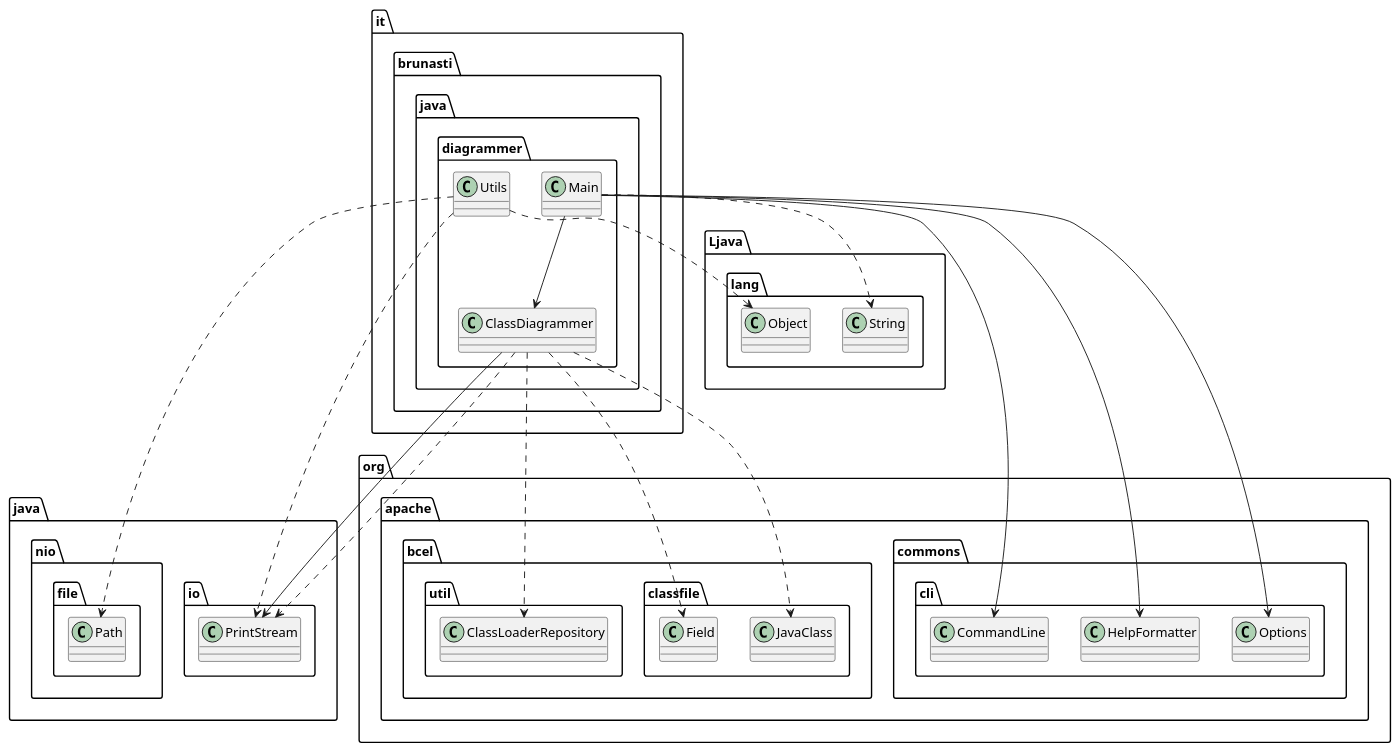
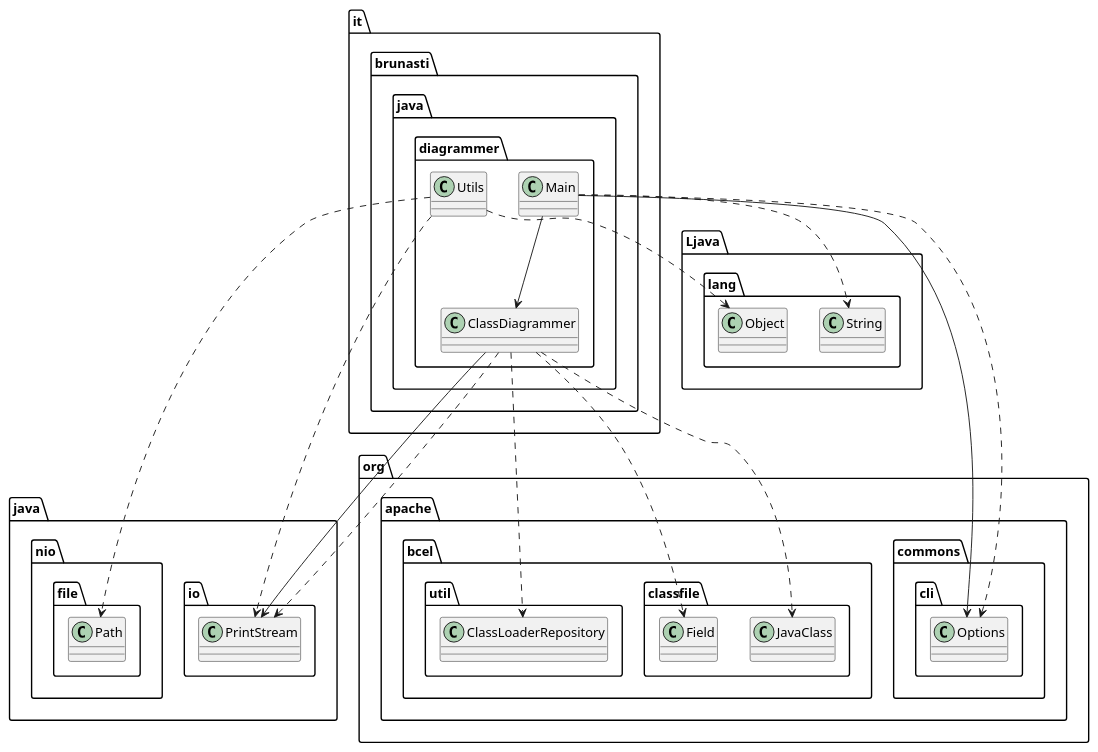
Before and after one commit to brunasti/java-diagrammer: the diagram in temp/output.puml, drawn with PlantUML. The commit also changed 2 other files, not shown here.

```diff
--- a/temp/output.puml
+++ b/temp/output.puml
@@ -1,39 +1,38 @@
 @startuml
 'https://plantuml.com/class-diagram
 
 ' GENERATE CLASS DIAGRAM ===========
 ' Generator     : it.brunasti.java.diagrammer.ClassDiagrammer
 ' Path          : [/Users/paolobrunasti/Work/Mine/java-diagrammer/java-diagrammer/target/classes]
 ' Configuration : []
-' Generated at  : Mon Mar 18 11:11:56 CET 2024
+' Generated at  : Mon Mar 18 11:41:58 CET 2024
 
 
 
 ' CLASSES =======
 class it.brunasti.java.diagrammer.ClassDiagrammer
 class it.brunasti.java.diagrammer.Utils
 class it.brunasti.java.diagrammer.Main
 
 ' INHERITANCES =======
 
 ' IMPLEMENT INTERFACE =======
 
 ' FIELDS =======
 it.brunasti.java.diagrammer.ClassDiagrammer --> java.io.PrintStream
 it.brunasti.java.diagrammer.Main --> it.brunasti.java.diagrammer.ClassDiagrammer
-it.brunasti.java.diagrammer.Main --> org.apache.commons.cli.CommandLine
-it.brunasti.java.diagrammer.Main --> org.apache.commons.cli.HelpFormatter
 it.brunasti.java.diagrammer.Main --> org.apache.commons.cli.Options
 
 ' USES =======
 it.brunasti.java.diagrammer.ClassDiagrammer ..> java.io.PrintStream
 it.brunasti.java.diagrammer.ClassDiagrammer ..> org.apache.bcel.classfile.JavaClass
 it.brunasti.java.diagrammer.ClassDiagrammer ..> org.apache.bcel.classfile.Field
 it.brunasti.java.diagrammer.ClassDiagrammer ..> org.apache.bcel.util.ClassLoaderRepository
 it.brunasti.java.diagrammer.Utils ..> Ljava.lang.Object
 it.brunasti.java.diagrammer.Utils ..> java.io.PrintStream
 it.brunasti.java.diagrammer.Utils ..> java.nio.file.Path
 it.brunasti.java.diagrammer.Main ..> Ljava.lang.String
+it.brunasti.java.diagrammer.Main ..> org.apache.commons.cli.Options
 
 
 @enduml
```
